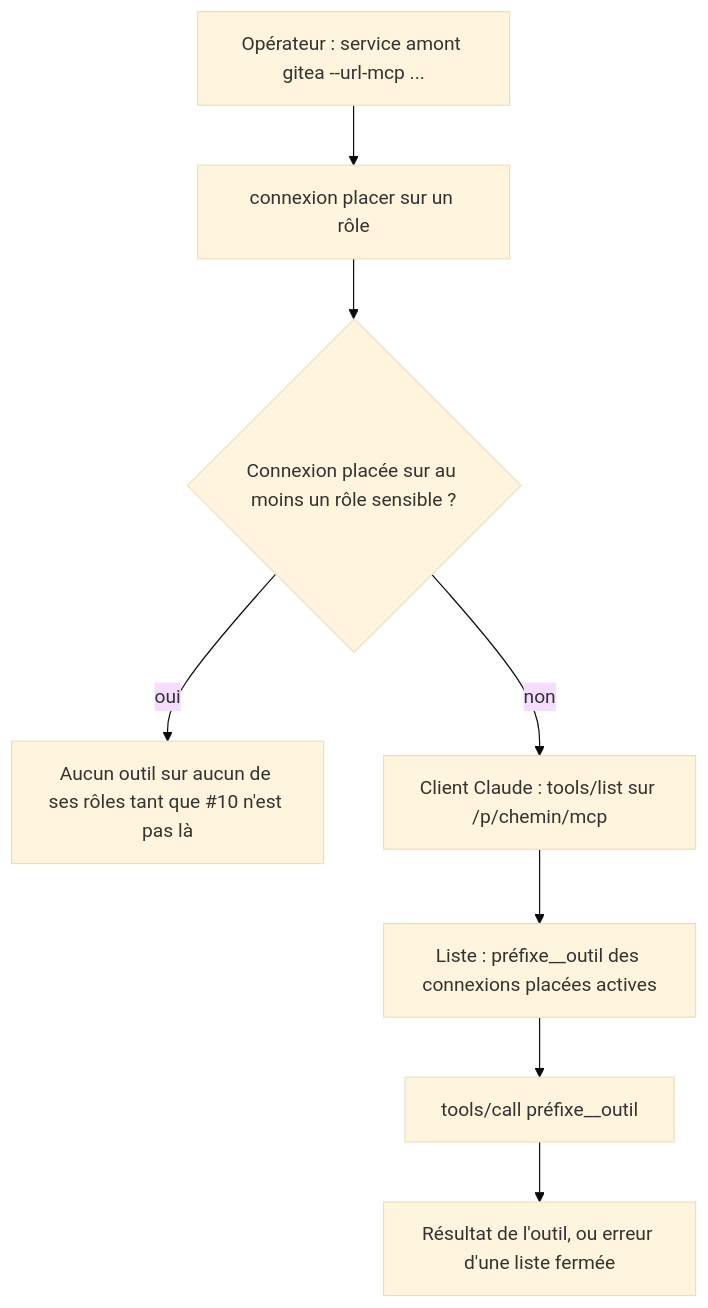
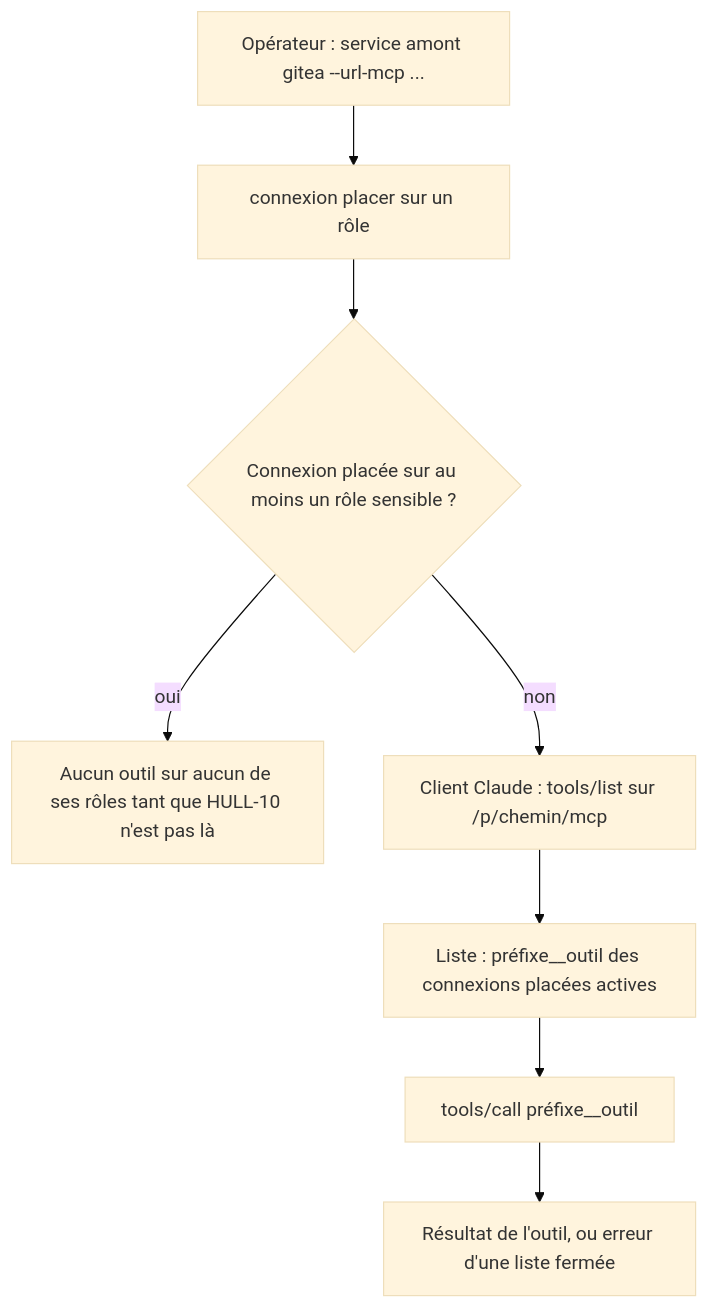
Before and after one commit to sstolz/hullgate: the first of 3 diagrams in features/F-008-relais.md, drawn with Mermaid (base theme). The commit also changed other lines of this file and 135 other files, not shown here.

````diff
--- a/features/F-008-relais.md
+++ b/features/F-008-relais.md
@@ -608,10 +608,10 @@
 ```mermaid
 flowchart TD
   A[Opérateur : service amont gitea --url-mcp ...] --> B[connexion placer sur un rôle]
   B --> C{Connexion placée sur au moins un rôle sensible ?}
-  C -- oui --> D[Aucun outil sur aucun de ses rôles tant que #10 n'est pas là]
+  C -- oui --> D[Aucun outil sur aucun de ses rôles tant que HULL-10 n'est pas là]
   C -- non --> E[Client Claude : tools/list sur /p/chemin/mcp]
   E --> F[Liste : préfixe__outil des connexions placées actives]
   F --> G[tools/call préfixe__outil]
   G --> H[Résultat de l'outil, ou erreur d'une liste fermée]
 ```
````
